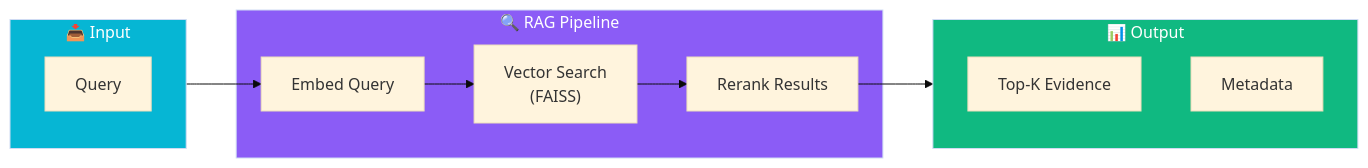
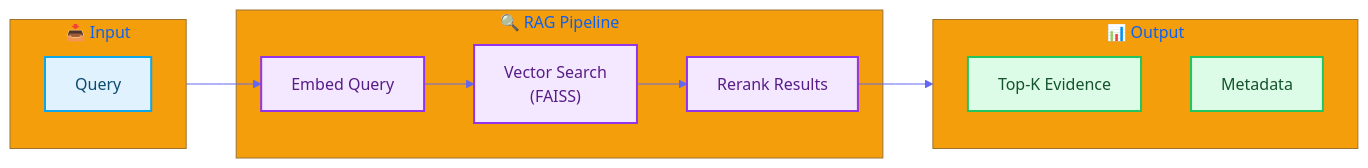
Before and after one commit to AluminumShark/Social-Debate-AI: the diagram in docs/modules/RAG.md, drawn with Mermaid. The commit also changed 5 other files, not shown here.

Commit message:
style(docs): apply consistent bright Mermaid theme to all documentation diagrams

````diff
--- a/docs/modules/RAG.md
+++ b/docs/modules/RAG.md
@@ -13,24 +13,25 @@
 ```mermaid
-%%{init: {'theme': 'base'}}%%
+%%{init: {'theme': 'base', 'themeVariables': { 'primaryColor': '#4f46e5', 'primaryTextColor': '#fff', 'primaryBorderColor': '#4338ca', 'lineColor': '#6366f1', 'secondaryColor': '#10b981', 'tertiaryColor': '#f59e0b'}}}%%
 flowchart LR
+    %% Styles
+    classDef input fill:#e0f2fe,stroke:#0ea5e9,stroke-width:2px,color:#0c4a6e;
+    classDef rag fill:#f3e8ff,stroke:#9333ea,stroke-width:2px,color:#581c87;
+    classDef output fill:#dcfce7,stroke:#22c55e,stroke-width:2px,color:#14532d;
+
     subgraph Input["📥 Input"]
-        Q["Query"]
+        Q["Query"]:::input
     end
 
     subgraph RAG["🔍 RAG Pipeline"]
-        E["Embed Query"]
-        S["Vector Search<br/>(FAISS)"]
-        R["Rerank Results"]
+        E["Embed Query"]:::rag
+        S["Vector Search<br/>(FAISS)"]:::rag
+        R["Rerank Results"]:::rag
     end
 
     subgraph Output["📊 Output"]
-        D["Top-K Evidence"]
-        M["Metadata"]
+        D["Top-K Evidence"]:::output
+        M["Metadata"]:::output
     end
 
     Input --> E --> S --> R --> Output
-
-    style Input fill:#06b6d4,color:#fff
-    style RAG fill:#8b5cf6,color:#fff
-    style Output fill:#10b981,color:#fff
 ```
````
